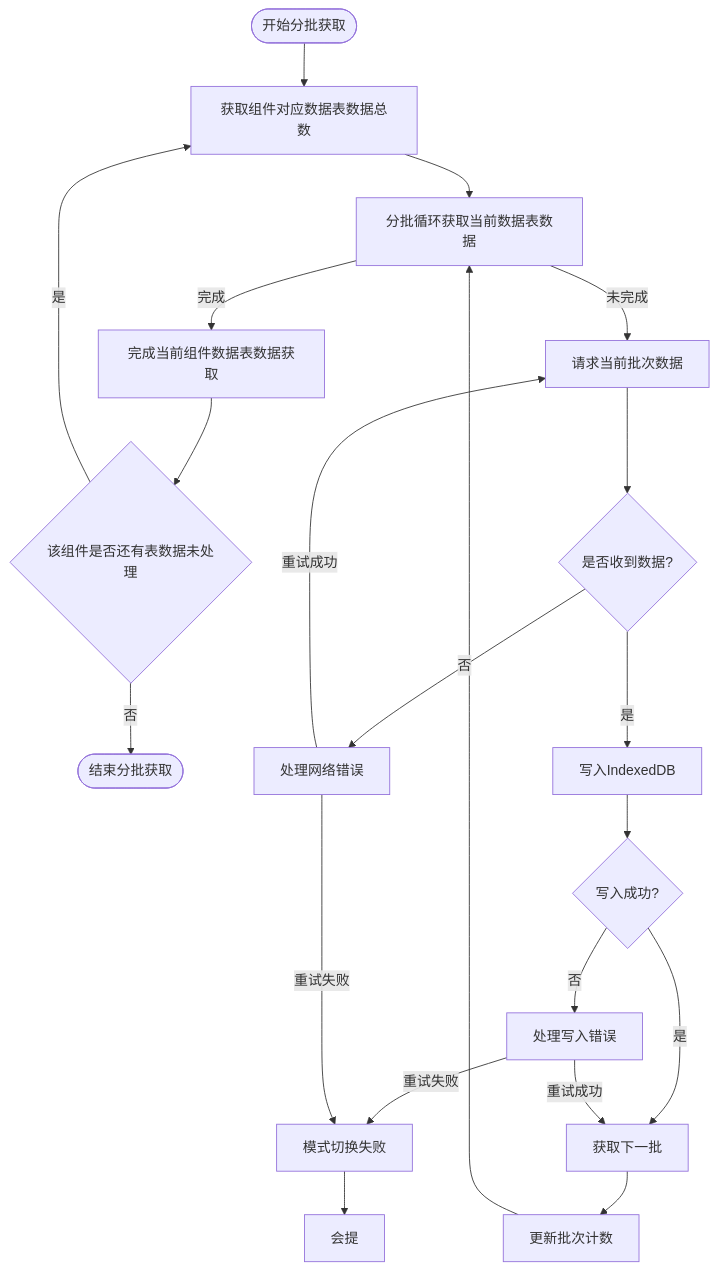
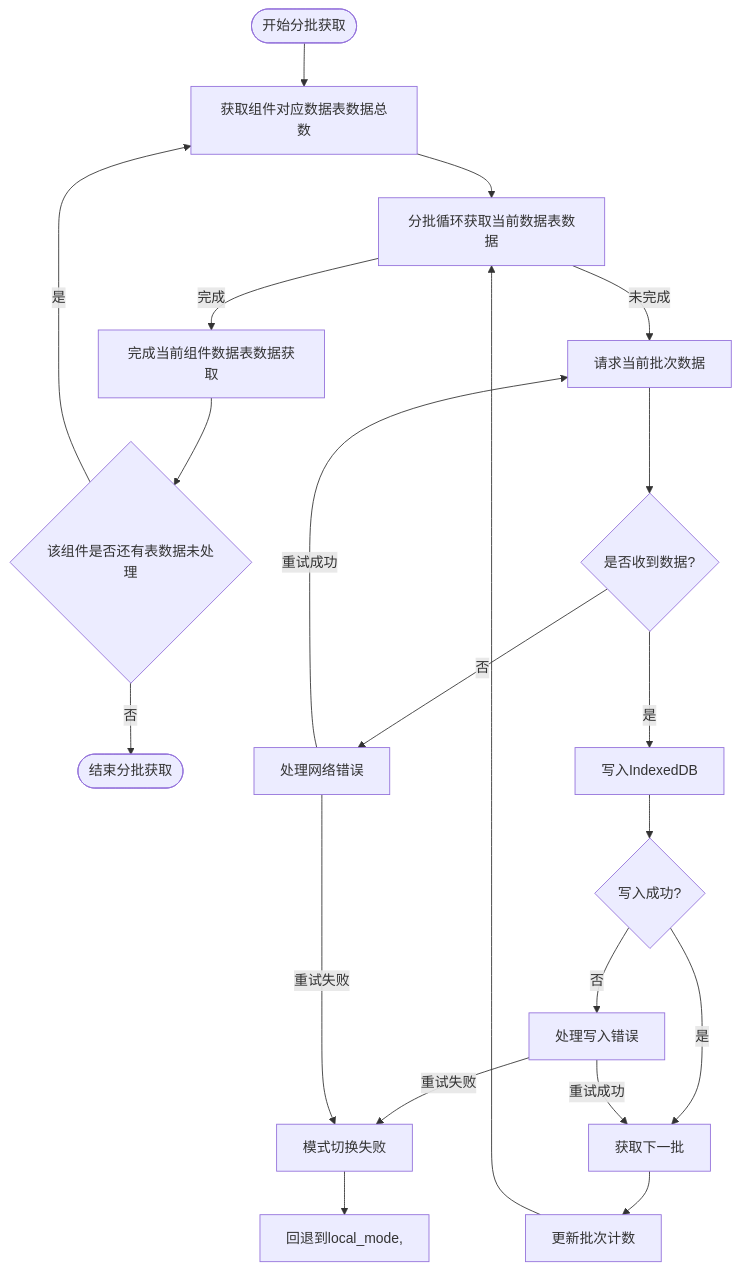
Before and after one commit to yingjianzh/iodraw-files: the diagram in all/未命名-56.md, drawn with Mermaid.

Commit message:
2025-05-12 10:32:01 update

````diff
--- a/all/未命名-56.md
+++ b/all/未命名-56.md
@@ -1,35 +1,35 @@
 ```mermaid
 
 flowchart TD
     StartBatch([开始分批获取]) --> InitializeBatch[获取组件对应数据表数据总数]
     InitializeBatch --> CheckBatchSize[分批循环获取当前数据表数据]
     
     CheckBatchSize -->|完成| BatchComplete[完成当前组件数据表数据获取]
 
     BatchComplete --> HasNext{该组件是否还有表数据未处理}
 
     HasNext --> |是| InitializeBatch
     HasNext --> |否| EndBatch([结束分批获取])
 
     
     CheckBatchSize -->|未完成| RequestBatch[请求当前批次数据]
     RequestBatch --> ReceiveBatch{是否收到数据?}
     
     ReceiveBatch -->|是| WriteToDB[写入IndexedDB]
     
     WriteToDB --> BatchSuccess{写入成功?}
     BatchSuccess -->|是| NextBatch[获取下一批]
     BatchSuccess -->|否| HandleError[处理写入错误]
     HandleError -->|重试成功| NextBatch
     HandleError -->|重试失败| ModeFailed[模式切换失败]
-    ModeFailed --> Abort[会提]
+    ModeFailed --> Abort[回退到local_mode,]
     
     ReceiveBatch -->|否| HandleNetworkError[处理网络错误]
     HandleNetworkError -->|重试成功| RequestBatch
     HandleNetworkError -->|重试失败| ModeFailed
     
     NextBatch --> IncrementBatch[更新批次计数]
     IncrementBatch --> CheckBatchSize
     
 
 ```
````
